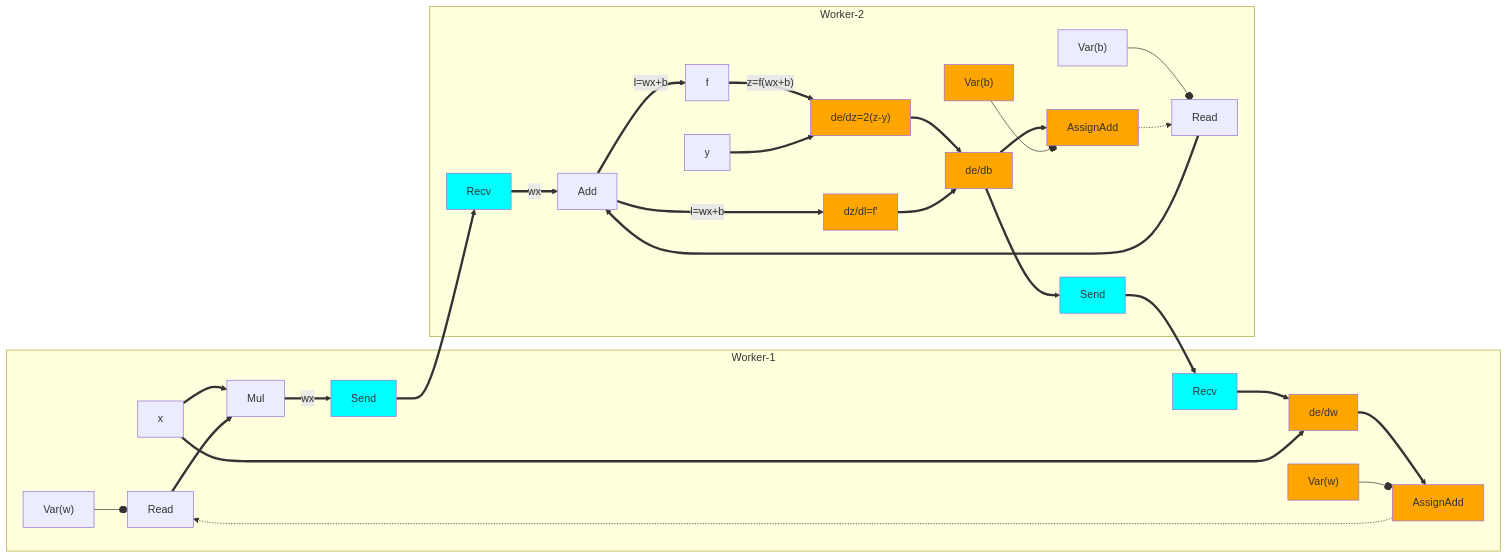
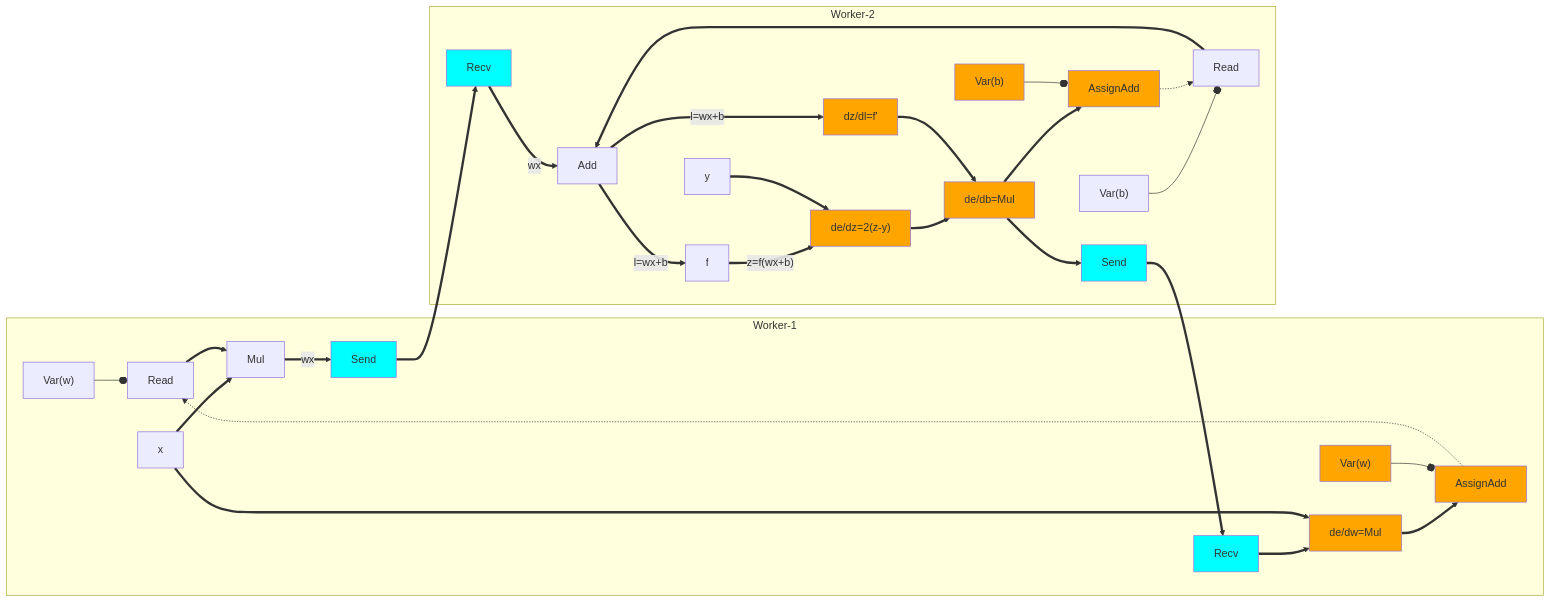
The third of 3 diagrams in compute-tf.md (codenet/col733-cloud), drawn with Mermaid before and after one commit. The commit also changed other lines of this file and 2 other files, not shown here.

````diff
--- a/compute-tf.md
+++ b/compute-tf.md
@@ -99,62 +113,63 @@
 ```mermaid
 graph LR
   w["Var(w)"]
 	wr[Read]
 
   b["Var(b)"]
 	br[Read]
 
 	dedz["de/dz=2(z-y)"]:::autodiff
 	dzdl["dz/dl=f'"]:::autodiff
-	dedb[de/db]:::autodiff
-	dedw[de/dw]:::autodiff
+	dedb[de/db=Mul]:::autodiff
+	dedw[de/dw=Mul]:::autodiff
 	ba[AssignAdd]:::autodiff
 	wa[AssignAdd]:::autodiff
   w2["Var(w)"]:::autodiff
   b2["Var(b)"]:::autodiff
 
 	sm[Send]:::sendrcv
 	rm[Recv]:::sendrcv
 	sdedb[Send]:::sendrcv
 	rdedb[Recv]:::sendrcv
 
 	subgraph Worker-1
 		x ==> Mul
 		w --o wr
 		wr ==> Mul
 		Mul ==> |wx| sm
 
 		rdedb ==> dedw
 		x ==> dedw
 		dedw ==> wa
 		w2 --o wa
 		wa -.-> wr
 	end
 
 	sm ==> rm
+	br ~~~ rm
 	sdedb ==> rdedb
 
 	subgraph Worker-2
 		b --o br
 
 		br ==> Add
 		rm ==> |wx| Add
 		Add ==> |l=wx+b| f
 		Add ==> |l=wx+b| dzdl
 
 		f ==> |"z=f(wx+b)"| dedz
 		y ==> dedz
 
 		dedz ==> dedb
 		dzdl ==> dedb
 		dedb ==> ba
 		dedb ==> sdedb
 
 		b2 --o ba
 		ba -.-> br
 	end
 
 	classDef hidden display:none;
 	classDef autodiff fill:orange;
 	classDef sendrcv fill:cyan;
 ```
````
